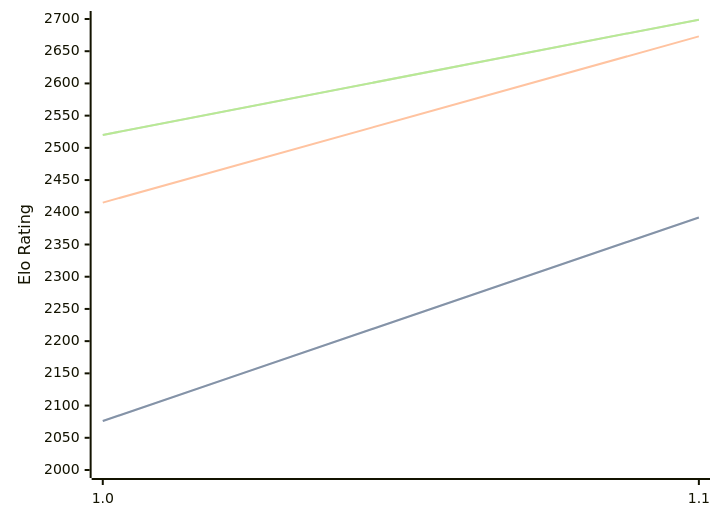
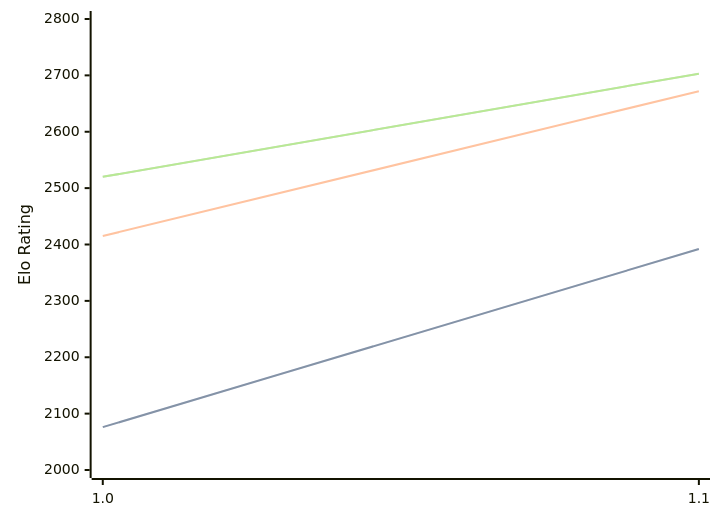
One commit to computer-chess-index/cci changed the first of 3 diagrams in engines/Erinn.md. Above: the diagram before and after it, drawn with Mermaid. The commit also changed other lines of this file, not shown here.

Commit message:
Update CCI Ratings (ELO VLTC) - 2026-07-17

````diff
--- a/engines/Erinn.md
+++ b/engines/Erinn.md
@@ -32,11 +32,11 @@
 ```mermaid
 %%{init: {"theme":"base","themeVariables":{"seriesColors:['#a3a3a3','#222221','#faa371']}}}%%
 xychart-beta
   x-axis ["1.0", "1.1"]
-  y-axis "Elo Rating" 2000 --> 2700
+  y-axis "Elo Rating" 2000 --> 2800
   line "STC (8.0+0.08s)" [2076, 2392]
   line "STC (8.0+0.08s)" [2076, 2392]
-  line "LTC (60.0+0.60s)" [2415, 2673]
-  line "VLTC (2m24s+1.12s)" [2520, 2699]
-  line "VLTC (2m24s+1.12s)" [2520, 2699]
+  line "LTC (60.0+0.60s)" [2415, 2672]
+  line "VLTC (2m24s+1.12s)" [2520, 2703]
+  line "VLTC (2m24s+1.12s)" [2520, 2703]
 ```
````
